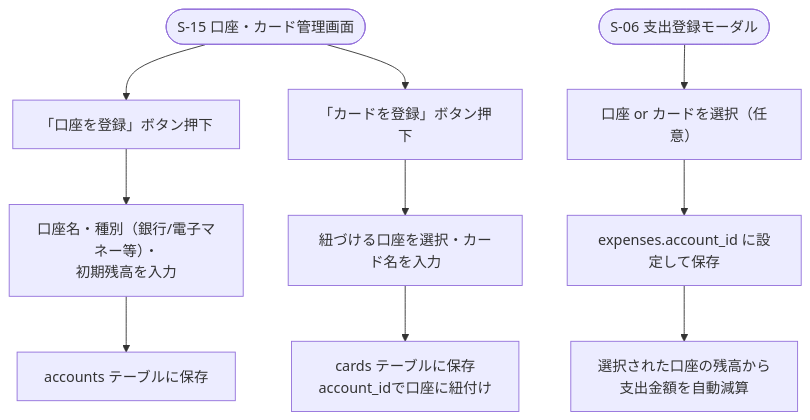
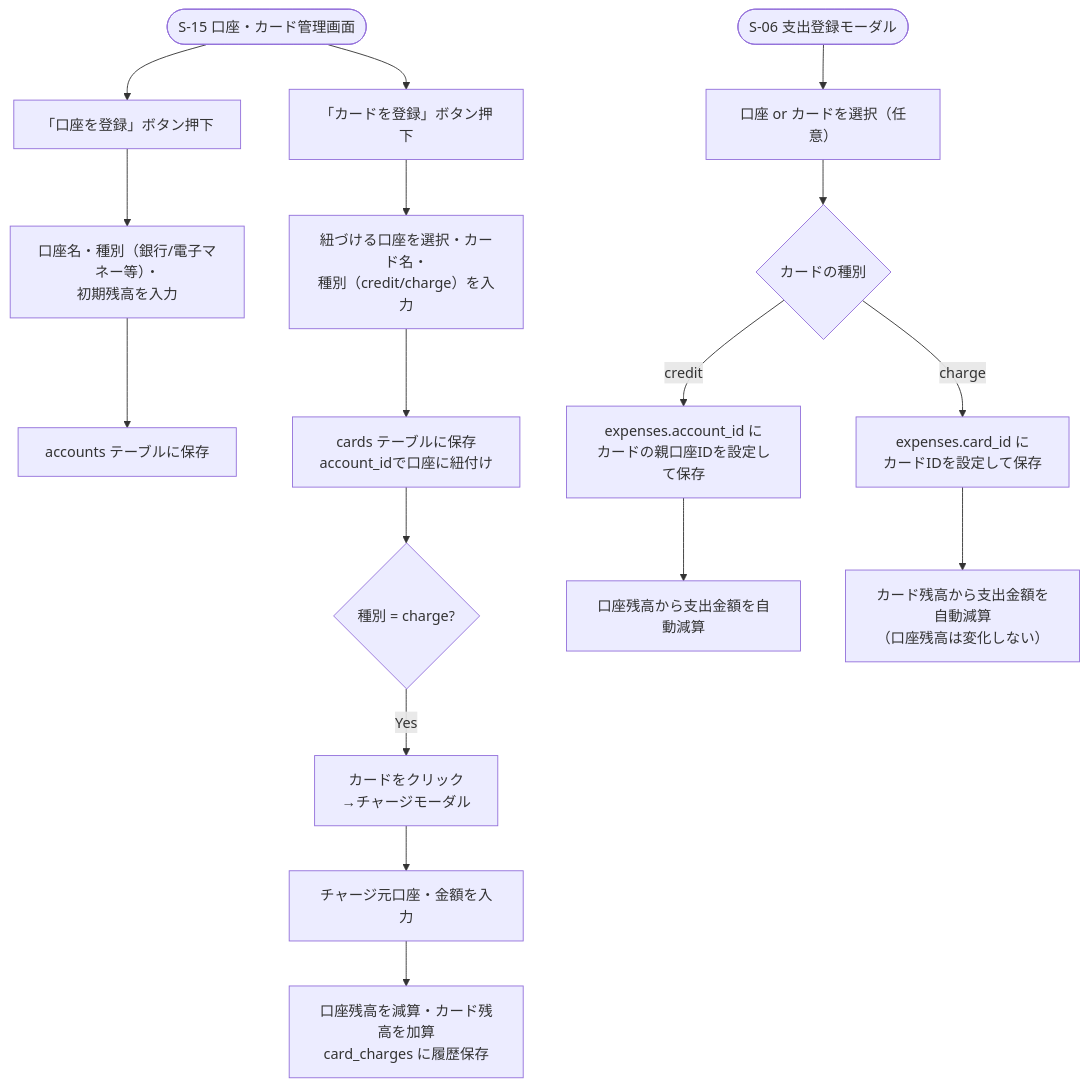
The diagram in docs/details/features/F11_kakeibo_account.md (yamamotonaoki3/HomeLog), drawn with Mermaid before and after one commit. The commit also changed other lines of this file and 29 other files, not shown here.

````diff
--- a/docs/details/features/F11_kakeibo_account.md
+++ b/docs/details/features/F11_kakeibo_account.md
@@ -23,14 +28,22 @@
 ```mermaid
 flowchart TD
     A([S-15 口座・カード管理画面]) --> B["「口座を登録」ボタン押下"]
     B --> C[口座名・種別（銀行/電子マネー等）・\n初期残高を入力]
     C --> D[accounts テーブルに保存]
 
     A --> E["「カードを登録」ボタン押下"]
-    E --> F[紐づける口座を選択・カード名を入力]
+    E --> F[紐づける口座を選択・カード名・\n種別（credit/charge）を入力]
     F --> G[cards テーブルに保存\naccount_idで口座に紐付け]
 
+    G --> L{"種別 = charge?"}
+    L -->|Yes| M["カードをクリック\n→チャージモーダル"]
+    M --> N[チャージ元口座・金額を入力]
+    N --> O[口座残高を減算・カード残高を加算\ncard_charges に履歴保存]
+
     H([S-06 支出登録モーダル]) --> I[口座 or カードを選択（任意）]
-    I --> J[expenses.account_id に設定して保存]
-    J --> K[選択された口座の残高から\n支出金額を自動減算]
+    I --> P{"カードの種別"}
+    P -->|credit| J[expenses.account_id に\nカードの親口座IDを設定して保存]
+    J --> K[口座残高から支出金額を自動減算]
+    P -->|charge| Q[expenses.card_id に\nカードIDを設定して保存]
+    Q --> R[カード残高から支出金額を自動減算\n（口座残高は変化しない）]
 ```
````
